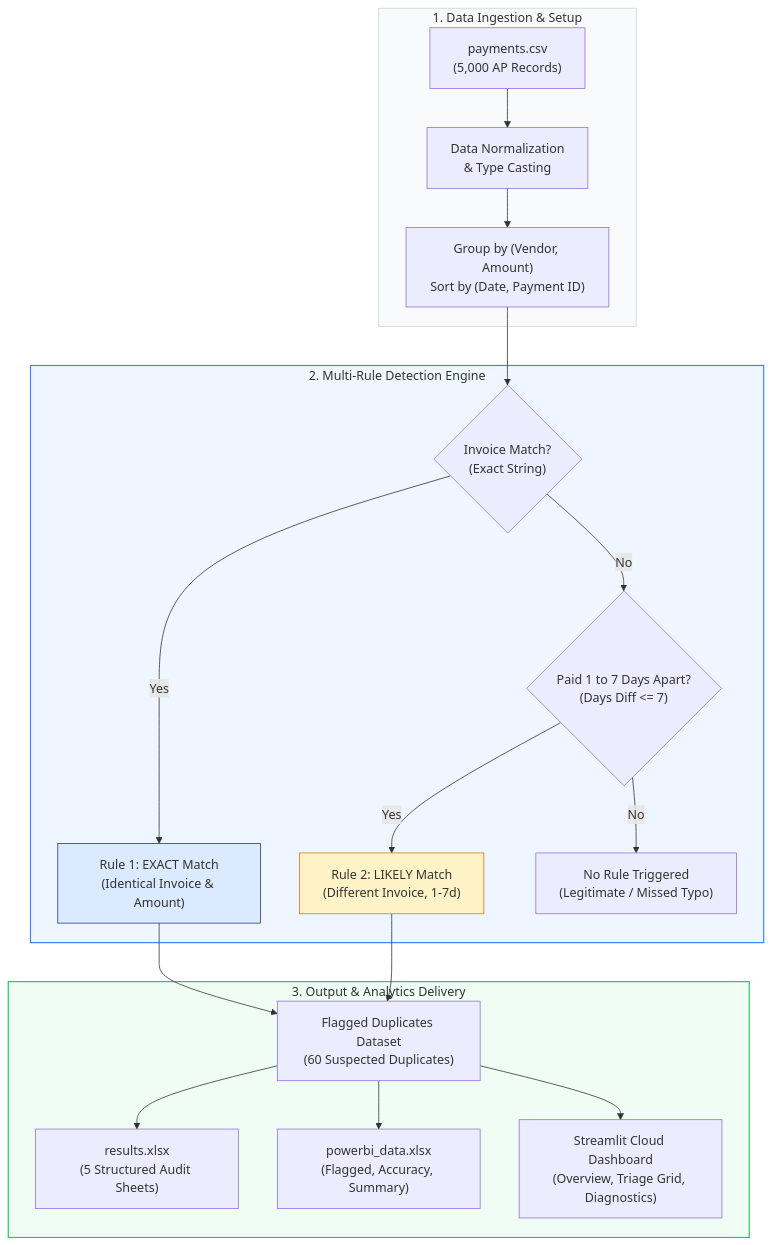
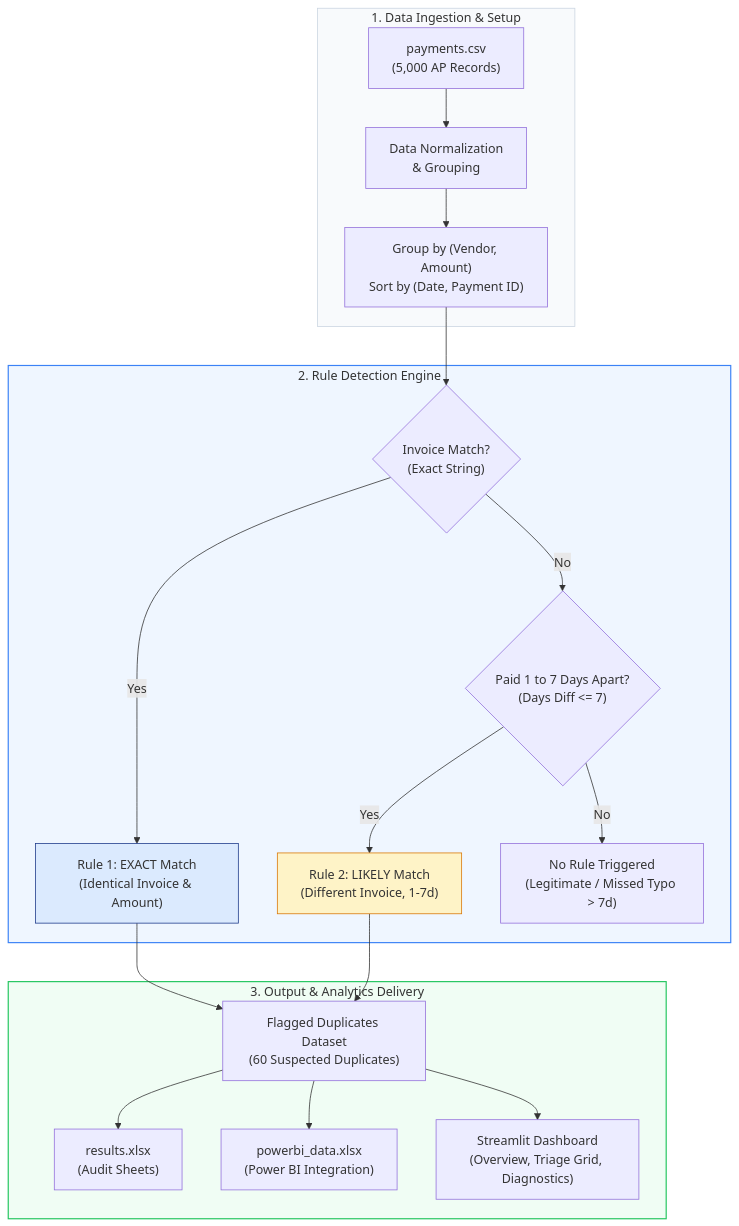
The first of 2 diagrams in README.md (RidhimaSharma11404/duplicate-payment-finder), drawn with Mermaid before and after one commit. The commit also changed other lines of this file, not shown here.

````diff
--- a/README.md
+++ b/README.md
@@ -25,29 +27,29 @@
 ```mermaid
 flowchart TD
     subgraph Data_Layer ["1. Data Ingestion & Setup"]
-        A["payments.csv\n(5,000 AP Records)"] --> B["Data Normalization\n& Type Casting"]
+        A["payments.csv\n(5,000 AP Records)"] --> B["Data Normalization\n& Grouping"]
         B --> C["Group by (Vendor, Amount)\nSort by (Date, Payment ID)"]
     end
 
-    subgraph Detection_Engine ["2. Multi-Rule Detection Engine"]
+    subgraph Detection_Engine ["2. Rule Detection Engine"]
         C --> D{"Invoice Match?\n(Exact String)"}
         D -- "Yes" --> E["Rule 1: EXACT Match\n(Identical Invoice & Amount)"]
         D -- "No" --> F{"Paid 1 to 7 Days Apart?\n(Days Diff <= 7)"}
         F -- "Yes" --> G["Rule 2: LIKELY Match\n(Different Invoice, 1-7d)"]
-        F -- "No" --> H["No Rule Triggered\n(Legitimate / Missed Typo)"]
+        F -- "No" --> H["No Rule Triggered\n(Legitimate / Missed Typo > 7d)"]
     end
 
     subgraph Output_Layer ["3. Output & Analytics Delivery"]
         E --> I["Flagged Duplicates Dataset\n(60 Suspected Duplicates)"]
         G --> I
-        I --> J["results.xlsx\n(5 Structured Audit Sheets)"]
-        I --> K["powerbi_data.xlsx\n(Flagged, Accuracy, Summary)"]
-        I --> L["Streamlit Cloud Dashboard\n(Overview, Triage Grid, Diagnostics)"]
+        I --> J["results.xlsx\n(Audit Sheets)"]
+        I --> K["powerbi_data.xlsx\n(Power BI Integration)"]
+        I --> L["Streamlit Dashboard\n(Overview, Triage Grid, Diagnostics)"]
     end
 
     style Data_Layer fill:#f8fafc,stroke:#cbd5e1,stroke-width:1px
     style Detection_Engine fill:#eff6ff,stroke:#3b82f6,stroke-width:1.5px
     style Output_Layer fill:#f0fdf4,stroke:#22c55e,stroke-width:1.5px
     style E fill:#dbeafe,stroke:#1e3a8a,stroke-width:1px
     style G fill:#fef3c7,stroke:#d97706,stroke-width:1px
 ```
````
